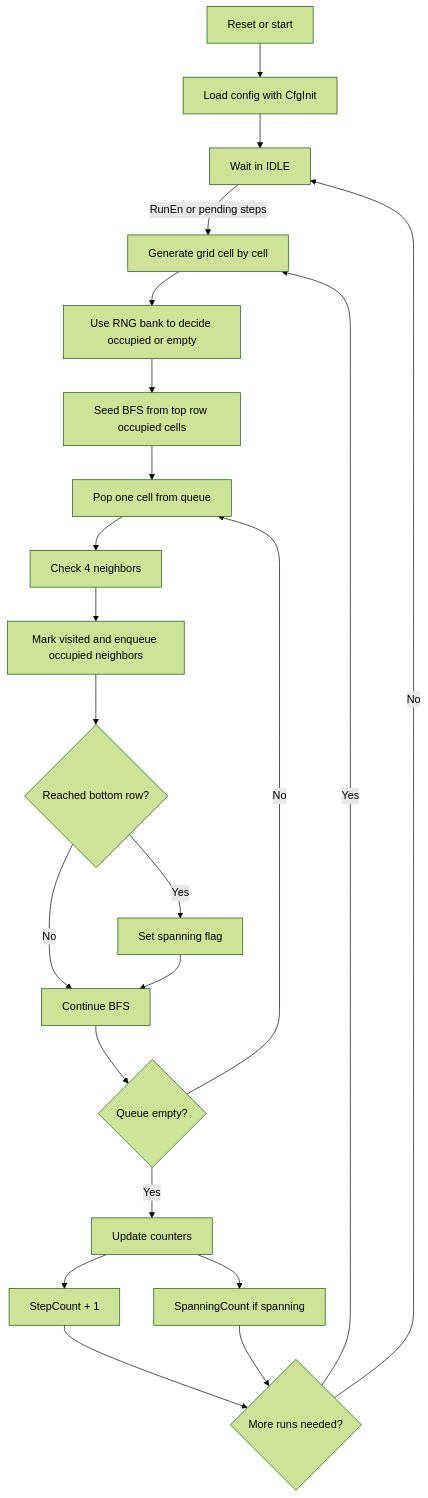
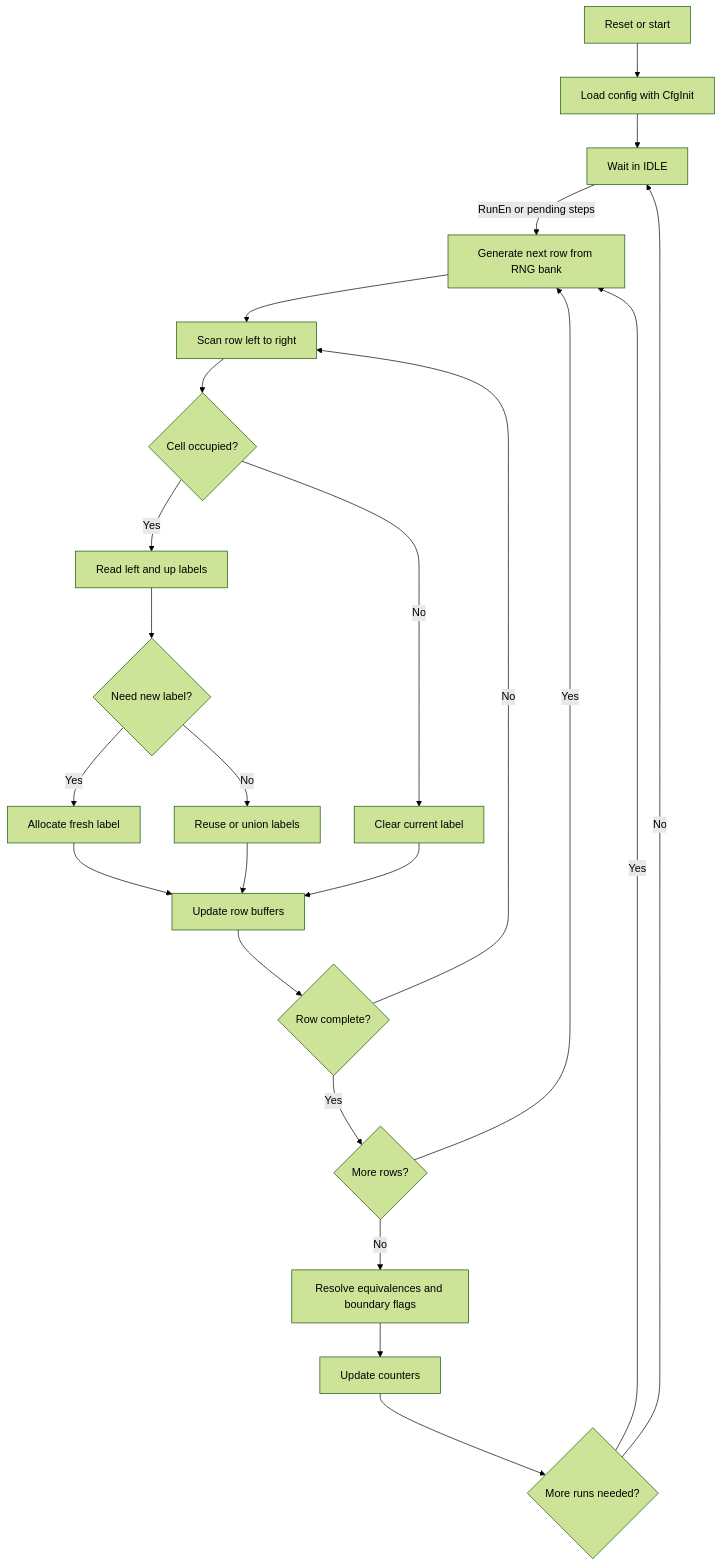
One commit to tusca99/FPGA-project changed the diagram in project/percolation_core/percolation_core_schema.md. Above: the diagram before and after it, drawn with Mermaid (forest theme). The commit also changed other lines of this file and 5 other files, not shown here.

````diff
--- a/project/percolation_core/percolation_core_schema.md
+++ b/project/percolation_core/percolation_core_schema.md
@@ -142,24 +134,25 @@
 ```mermaid
 flowchart TD
     A[Reset or start] --> B[Load config with CfgInit]
     B --> C[Wait in IDLE]
-    C -->|RunEn or pending steps| D[Generate grid cell by cell]
-    D --> E[Use RNG bank to decide occupied or empty]
-    E --> F[Seed BFS from top row occupied cells]
-    F --> G[Pop one cell from queue]
-    G --> H[Check 4 neighbors]
-    H --> I[Mark visited and enqueue occupied neighbors]
-    I --> J{Reached bottom row?}
-    J -->|Yes| K[Set spanning flag]
-    J -->|No| L[Continue BFS]
+    C -->|RunEn or pending steps| D[Generate next row from RNG bank]
+    D --> E[Scan row left to right]
+    E --> F{Cell occupied?}
+    F -->|No| G[Clear current label]
+    F -->|Yes| H[Read left and up labels]
+    H --> I{Need new label?}
+    I -->|Yes| J[Allocate fresh label]
+    I -->|No| K[Reuse or union labels]
+    J --> L[Update row buffers]
     K --> L
-    L --> M{Queue empty?}
-    M -->|No| G
-    M -->|Yes| N[Update counters]
-    N --> O[StepCount + 1]
-    N --> P[SpanningCount if spanning]
-    O --> R{More runs needed?}
-    P --> R
-    R -->|Yes| D
-    R -->|No| C
+    G --> L
+    L --> M{Row complete?}
+    M -->|No| E
+    M -->|Yes| N{More rows?}
+    N -->|Yes| D
+    N -->|No| O[Resolve equivalences and boundary flags]
+    O --> P[Update counters]
+    P --> Q{More runs needed?}
+    Q -->|Yes| D
+    Q -->|No| C
 ```
````
